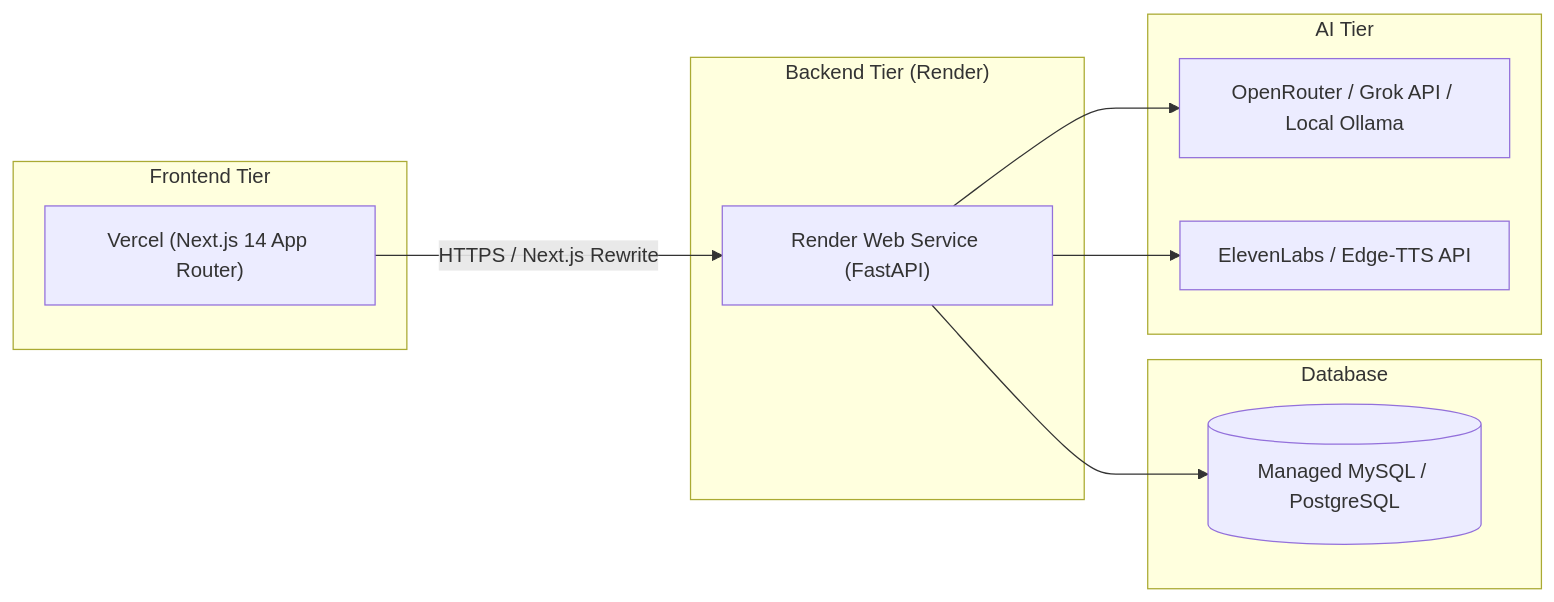
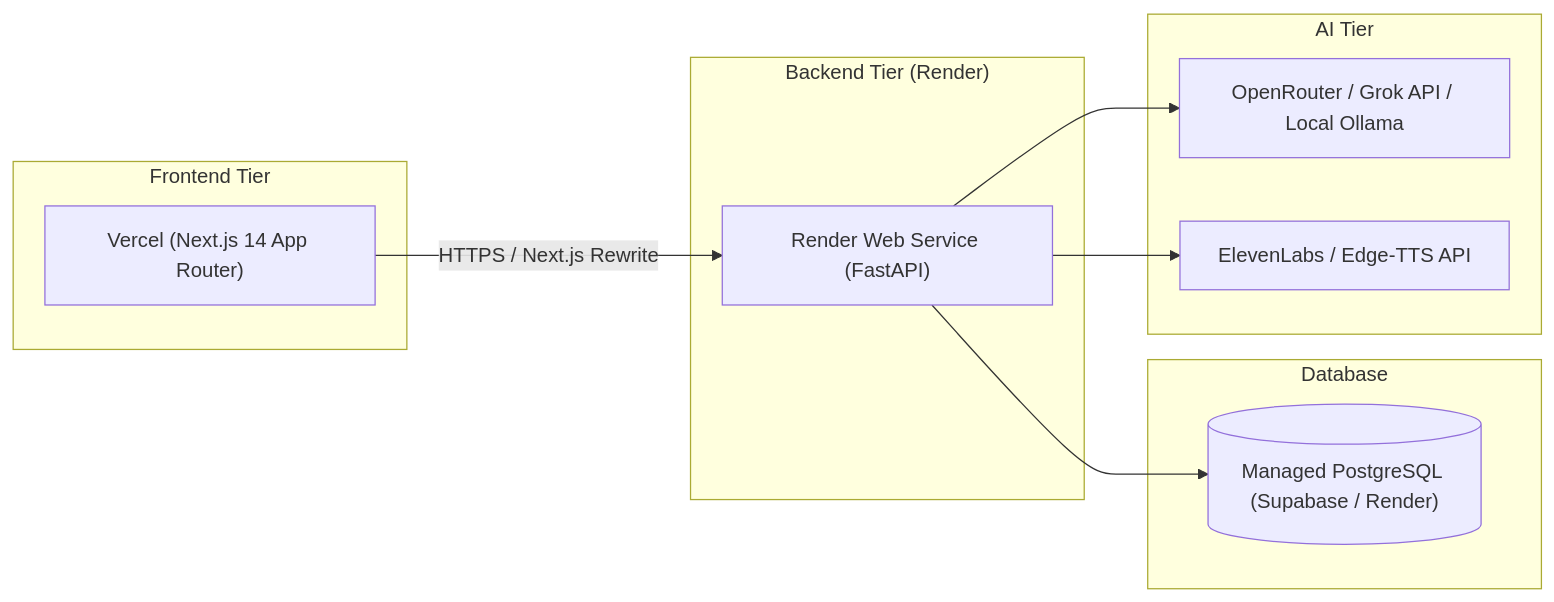
One commit to bikash-20/ML-fraud-detection-ai-fintech-platform changed the second of 7 diagrams in docs/SCALING_ARCHITECTURE.md. Above: the diagram before and after it, drawn with Mermaid. The commit also changed other lines of this file and 1 other file, not shown here.

Commit message:
docs(scaling): replace MySQL with PostgreSQL as primary production database strategy

````diff
--- a/docs/SCALING_ARCHITECTURE.md
+++ b/docs/SCALING_ARCHITECTURE.md
@@ -119,24 +119,24 @@
 ```mermaid
 flowchart LR
     subgraph Frontend["Frontend Tier"]
         Vercel["Vercel (Next.js 14 App Router)"]
     end
 
     subgraph Backend["Backend Tier (Render)"]
         RenderApp["Render Web Service (FastAPI)"]
     end
 
     subgraph Data["Database"]
-        RenderDB[("Managed MySQL / PostgreSQL")]
+        RenderDB[("Managed PostgreSQL (Supabase / Render)")]
     end
 
     subgraph AI["AI Tier"]
         CloudAI["OpenRouter / Grok API / Local Ollama"]
         CloudVoice["ElevenLabs / Edge-TTS API"]
     end
 
     Vercel -->|HTTPS / Next.js Rewrite| RenderApp
     RenderApp --> RenderDB
     RenderApp --> CloudAI
     RenderApp --> CloudVoice
 ```
````
